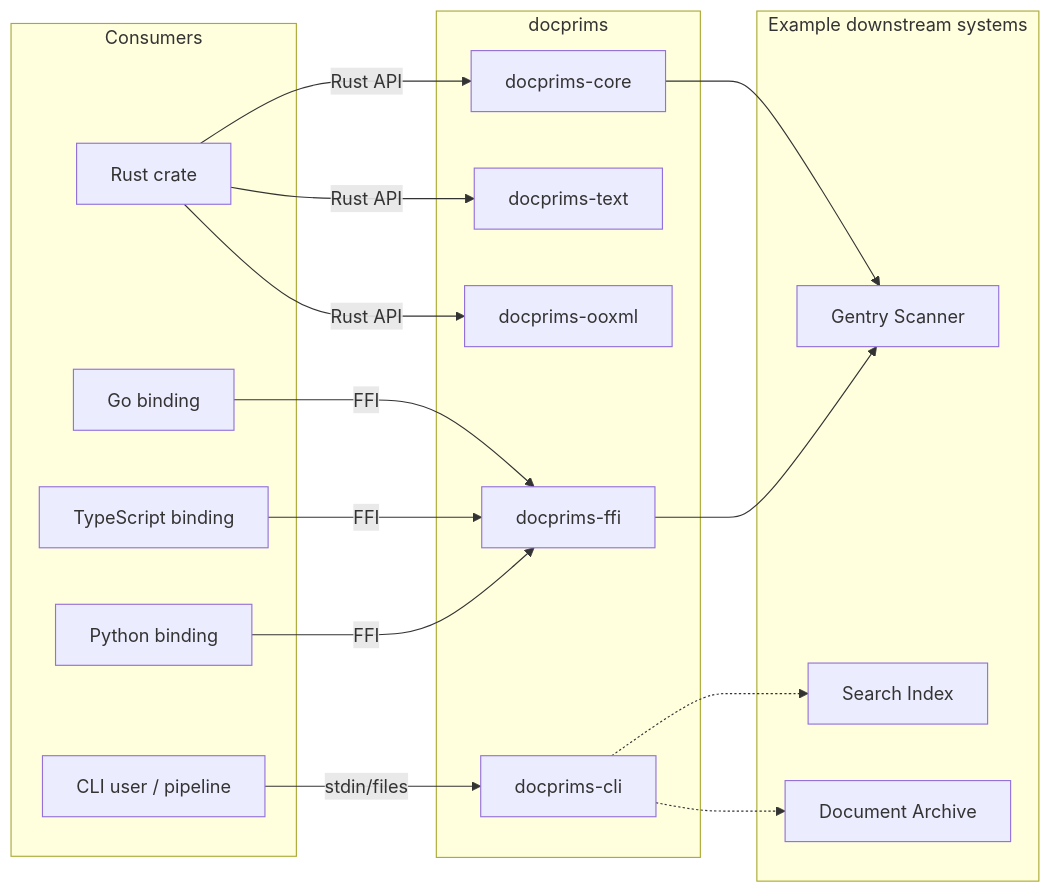
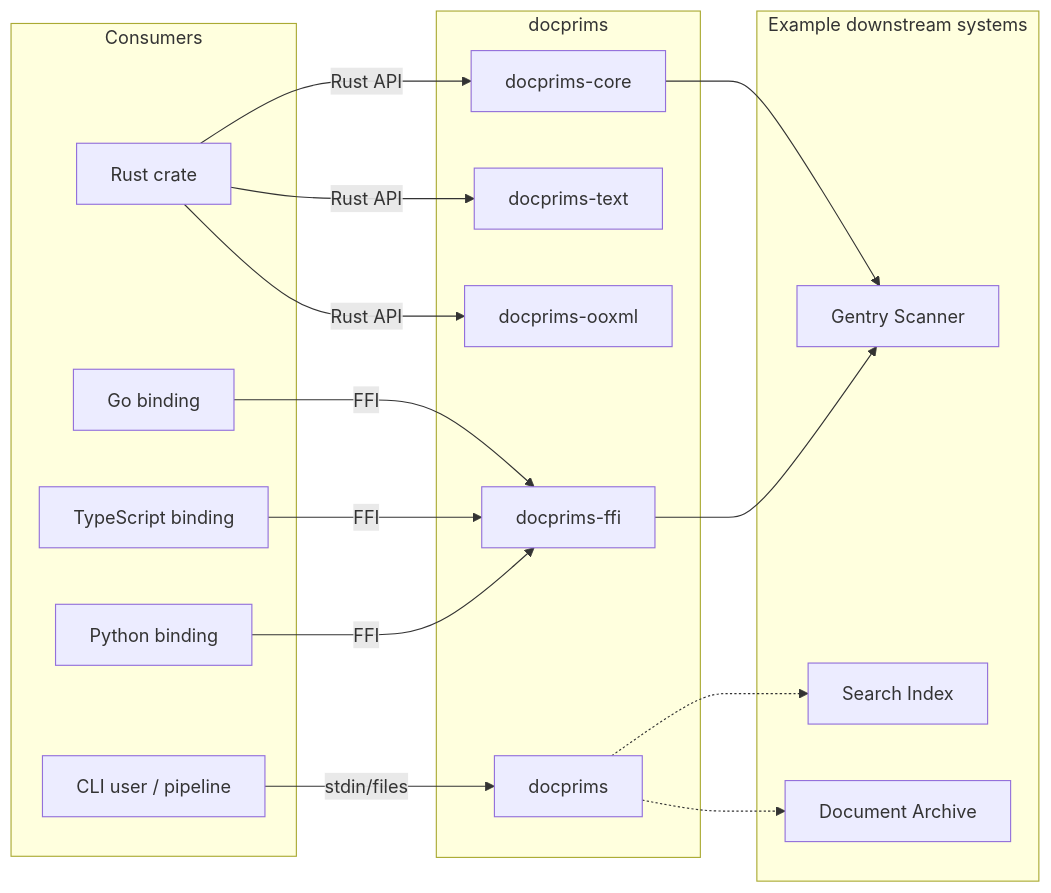
Before and after one commit to 3leaps/docprims: the first of 2 diagrams in docs/architecture/overview.md, drawn with Mermaid. The commit also changed other lines of this file and 23 other files, not shown here.

````diff
--- a/docs/architecture/overview.md
+++ b/docs/architecture/overview.md
@@ -39,37 +39,37 @@
 ```mermaid
 flowchart LR
   subgraph Consumers
     R[Rust crate]
     G[Go binding]
     T[TypeScript binding]
     P[Python binding]
     CLI[CLI user / pipeline]
   end
 
   subgraph docprims
     Core[docprims-core]
     Text[docprims-text]
     OOXML[docprims-ooxml]
     FFI[docprims-ffi]
-    CLIBin[docprims-cli]
+    CLIBin[docprims]
   end
 
   subgraph Downstream[Example downstream systems]
     Gentry[Gentry Scanner]
     Search[Search Index]
     Archive[Document Archive]
   end
 
   R -->|Rust API| Core
   R -->|Rust API| Text
   R -->|Rust API| OOXML
   G -->|FFI| FFI
   T -->|FFI| FFI
   P -->|FFI| FFI
   CLI -->|stdin/files| CLIBin
 
   Core --> Gentry
   FFI --> Gentry
   CLIBin -.-> Search
   CLIBin -.-> Archive
 ```
````
